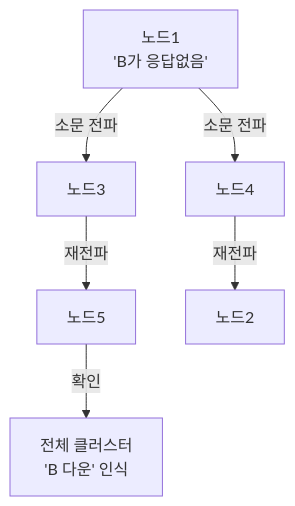
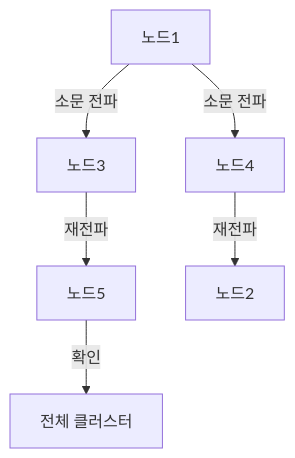
One commit to yjkim2015/yjkim2015.github.io changed the third of 8 diagrams in _posts/systemdesign/2026-05-03-system-design-kv-store.md. Above: the diagram before and after it, drawn with Mermaid. The commit also changed other lines of this file and 217 other files, not shown here.

First line of the commit message:
Mermaid 크기 수정: useMaxWidth:true + SVG max-width:100% + 라벨 축소

````diff
--- a/_posts/systemdesign/2026-05-03-system-design-kv-store.md
+++ b/_posts/systemdesign/2026-05-03-system-design-kv-store.md
@@ -251,8 +251,8 @@
 ```mermaid
 graph TD
-    N1["노드1\n'B가 응답없음'"] -->|"소문 전파"| N3["노드3"]
+    N1["노드1"] -->|"소문 전파"| N3["노드3"]
     N1 -->|"소문 전파"| N4["노드4"]
     N3 -->|"재전파"| N5["노드5"]
     N4 -->|"재전파"| N2["노드2"]
-    N5 -->|"확인"| ALL["전체 클러스터\n'B 다운' 인식"]
+    N5 -->|"확인"| ALL["전체 클러스터"]
 ```
````
